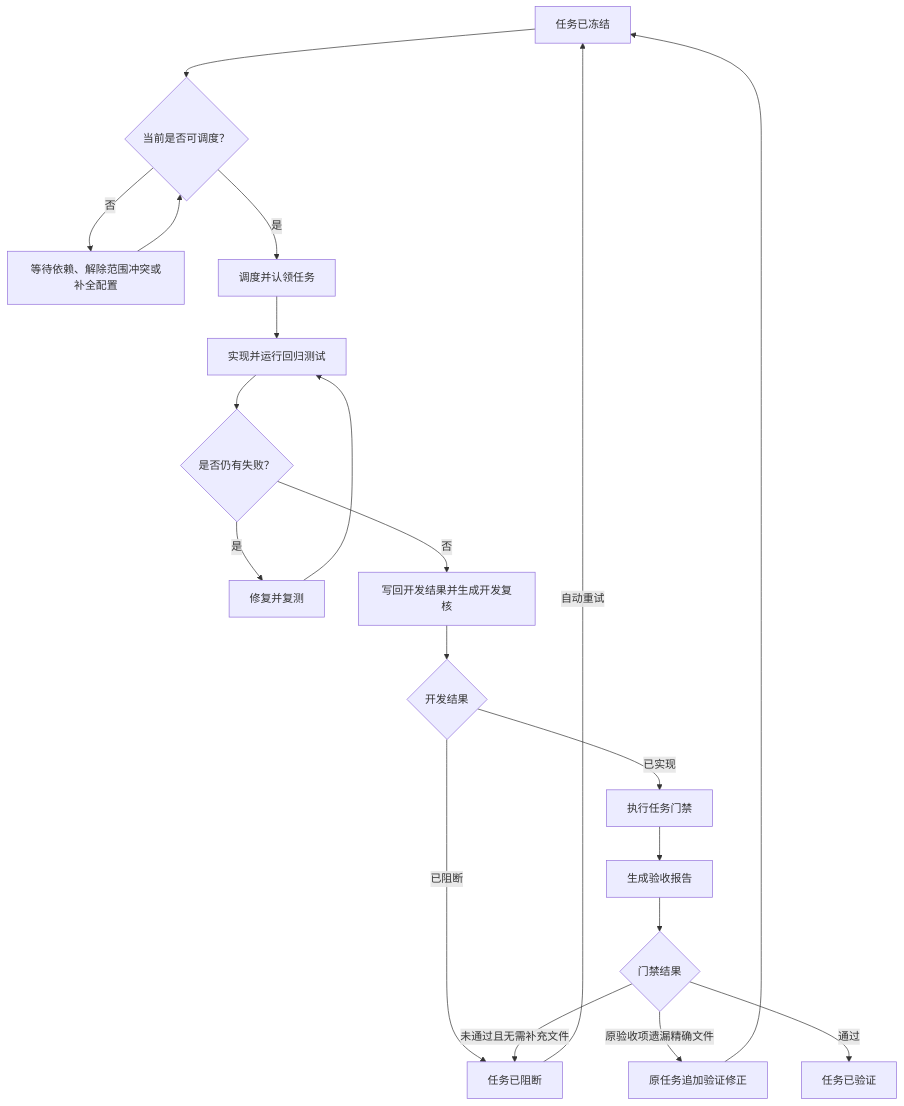
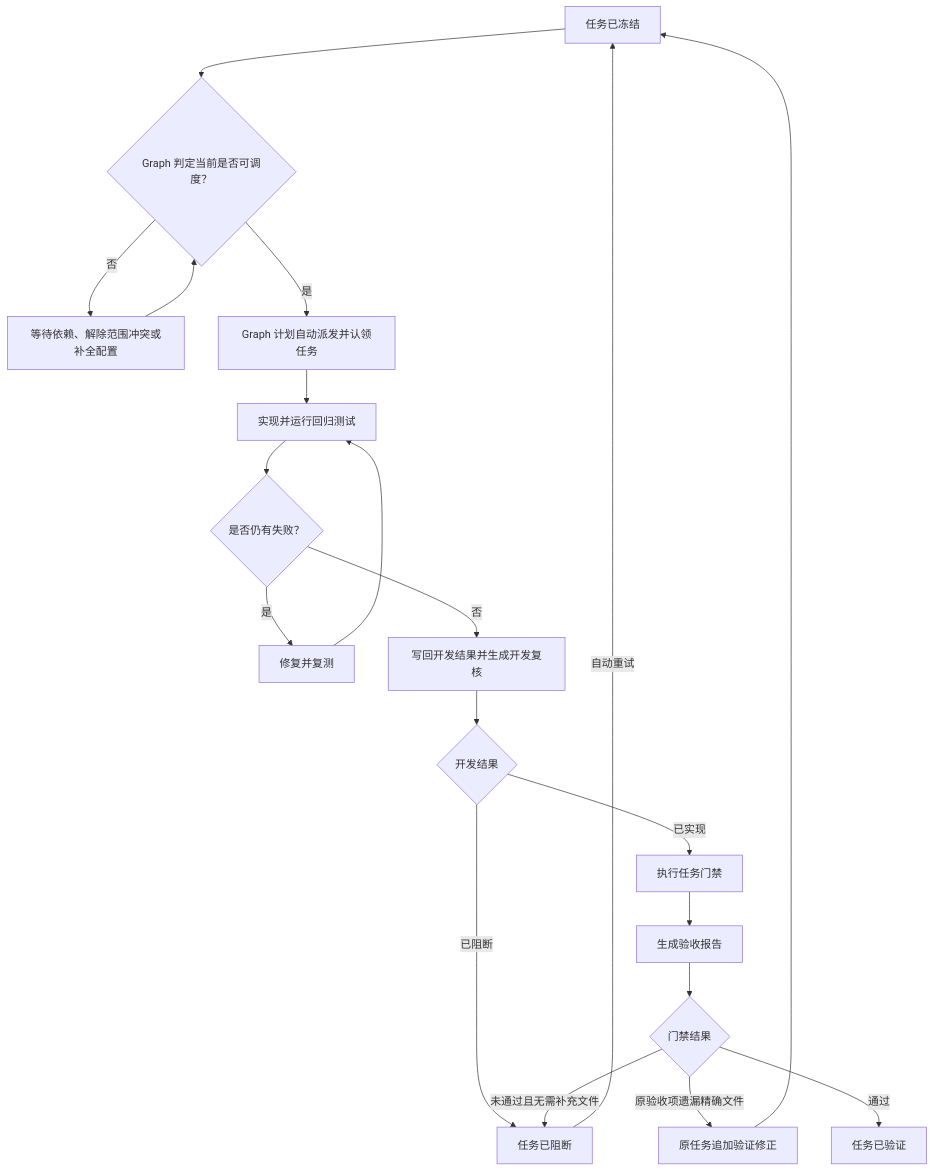
The fourth of 5 diagrams in skills/layered-delivery/references/workflow.md (feng123321li/gated-ai-dev-loop), drawn with Mermaid before and after one commit. The commit also changed other lines of this file and 22 other files, not shown here.

Commit message:
Make Graph scheduling controller-owned

````diff
--- a/skills/layered-delivery/references/workflow.md
+++ b/skills/layered-delivery/references/workflow.md
@@ -91,22 +105,22 @@
 ```mermaid
 flowchart TD
-    A["任务已冻结"] --> B{"当前是否可调度？"}
+    A["任务已冻结"] --> B{"Graph 判定当前是否可调度？"}
     B -->|"否"| W["等待依赖、解除范围冲突或补全配置"]
     W --> B
-    B -->|"是"| C["调度并认领任务"]
+    B -->|"是"| C["Graph 计划自动派发并认领任务"]
     C --> D["实现并运行回归测试"]
     D --> E{"是否仍有失败？"}
     E -->|"是"| F["修复并复测"]
     F --> D
     E -->|"否"| G["写回开发结果并生成开发复核"]
     G --> R{"开发结果"}
     R -->|"已阻断"| X["任务已阻断"]
     X -->|"自动重试"| A
     R -->|"已实现"| M["执行任务门禁"]
     M --> N["生成验收报告"]
     N --> O{"门禁结果"}
     O -->|"未通过且无需补充文件"| X
     O -->|"原验收项遗漏精确文件"| Y["原任务追加验证修正"]
     Y --> A
     O -->|"通过"| V["任务已验证"]
 ```
````
